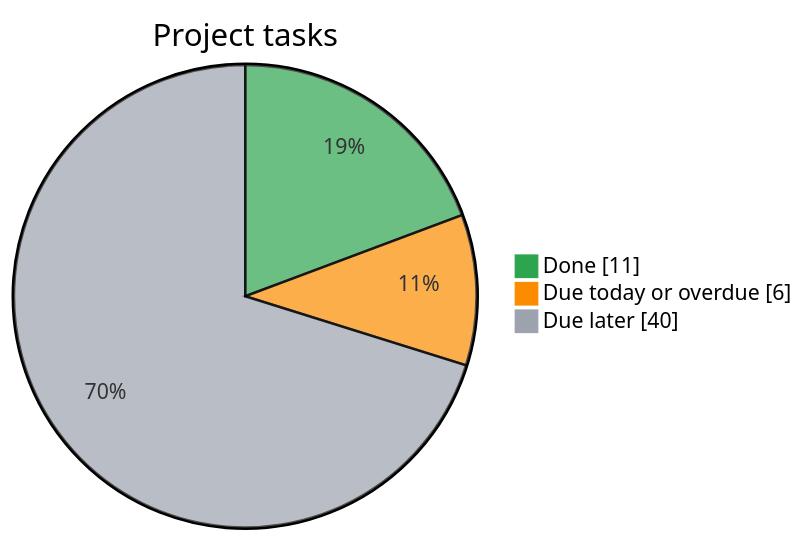
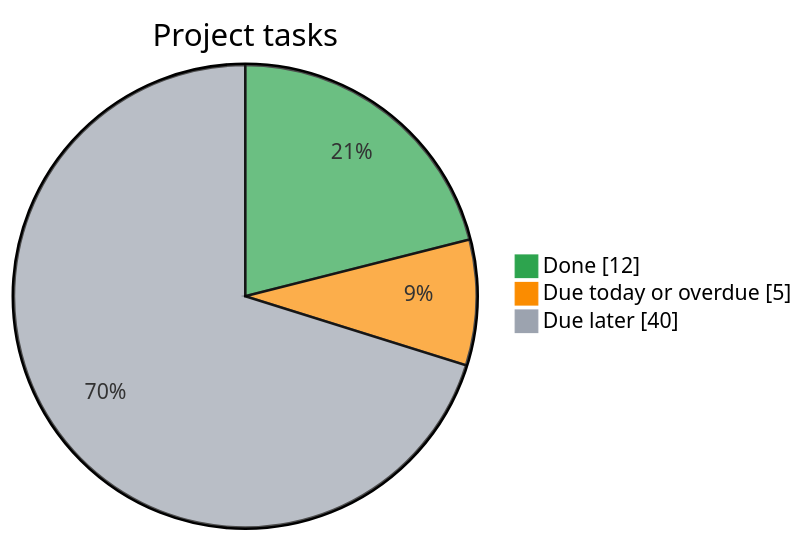
The diagram in README.md (Kr1sKros/IKT466-Corporate-Bankruptcy-Predictor), drawn with Mermaid before and after one commit. The commit also changed other lines of this file, not shown here.

Commit message:
docs: refresh task dashboard

````diff
--- a/README.md
+++ b/README.md
@@ -8,8 +8,8 @@
 ```mermaid
 %%{init: {"themeVariables": {"pie1": "#2da44e", "pie2": "#fb8c00", "pie3": "#9ca3af"}}}%%
 pie showData
     title Project tasks
-    "Done" : 11
-    "Due today or overdue" : 6
+    "Done" : 12
+    "Due today or overdue" : 5
     "Due later" : 40
 ```
````
